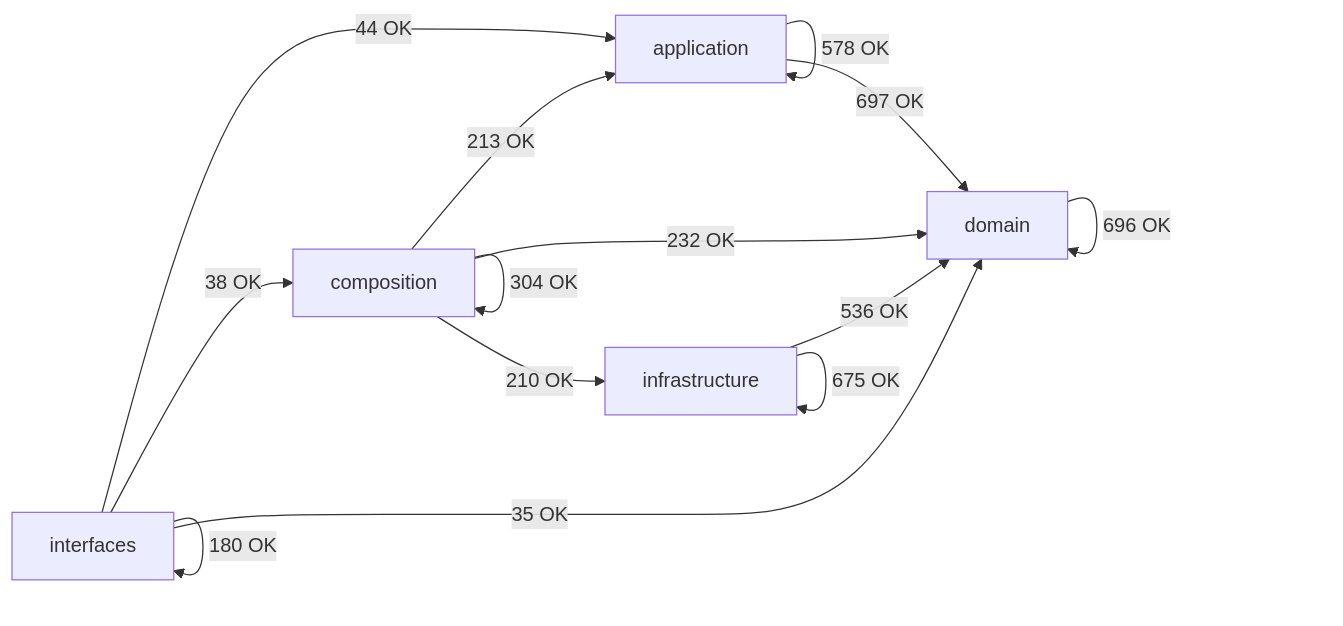
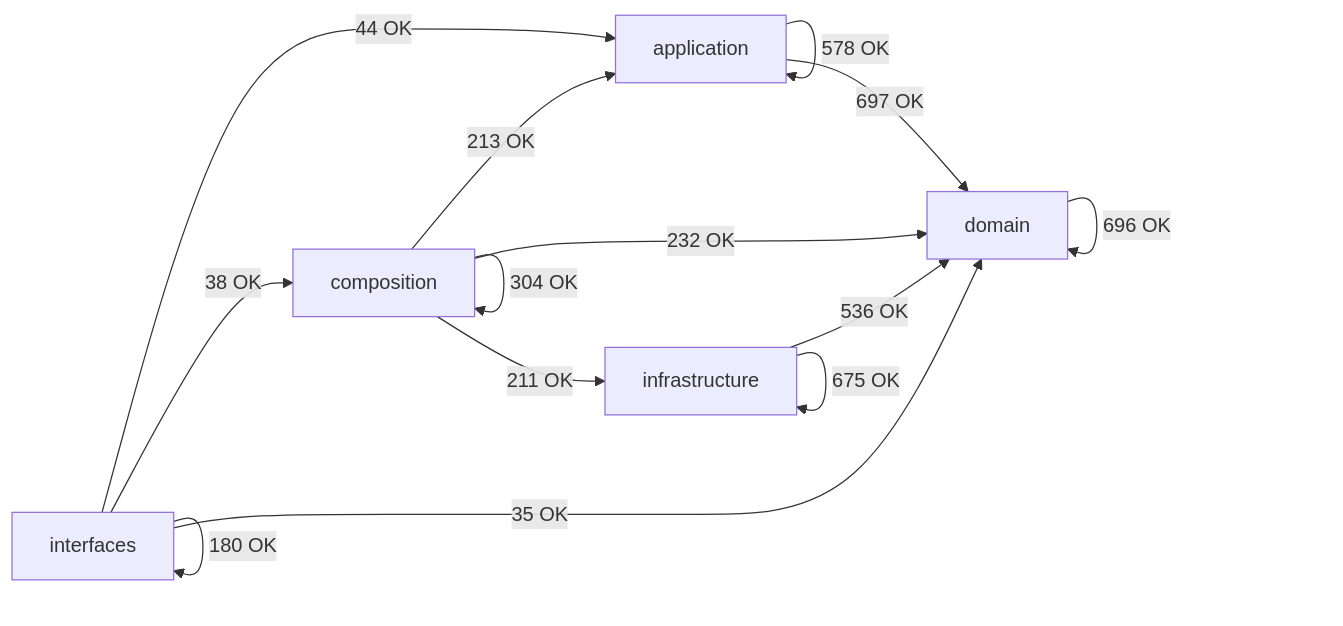
The diagram in docs/02-architecture/generated/module-dependency-map.md (SatoryKono/BioactivityDataAcquisition), drawn with Mermaid before and after one commit. The commit also changed other lines of this file and 4 other files, not shown here.

````diff
--- a/docs/02-architecture/generated/module-dependency-map.md
+++ b/docs/02-architecture/generated/module-dependency-map.md
@@ -16,21 +16,21 @@
 ```mermaid
 flowchart LR
     domain[domain]
     application[application]
     infrastructure[infrastructure]
     composition[composition]
     interfaces[interfaces]
     application -->|578 OK| application
     application -->|697 OK| domain
     composition -->|213 OK| application
     composition -->|304 OK| composition
     composition -->|232 OK| domain
-    composition -->|210 OK| infrastructure
+    composition -->|211 OK| infrastructure
     domain -->|696 OK| domain
     infrastructure -->|536 OK| domain
     infrastructure -->|675 OK| infrastructure
     interfaces -->|44 OK| application
     interfaces -->|38 OK| composition
     interfaces -->|35 OK| domain
     interfaces -->|180 OK| interfaces
 ```
````
